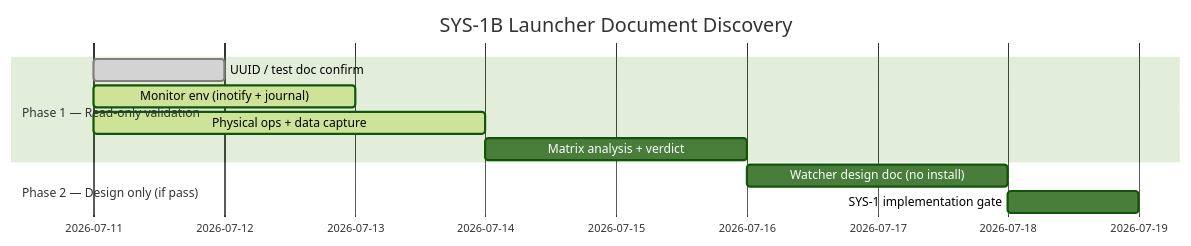
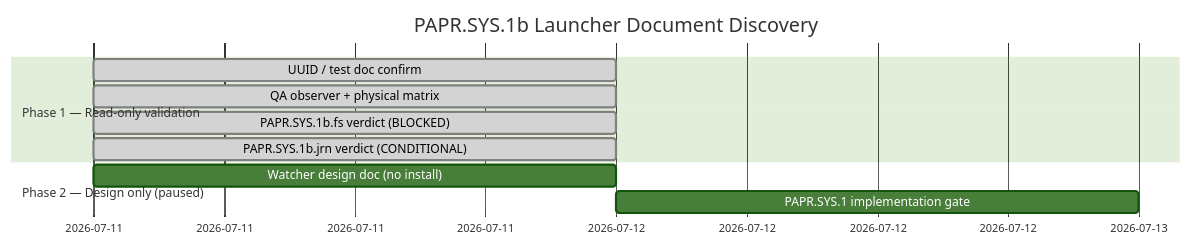
One commit to Ken-pan/life-os changed the second of 2 diagrams in docs/qa/paperos-device-lifecycle-discovery.md. Above: the diagram before and after it, drawn with Mermaid (forest theme). The commit also changed other lines of this file and 110 other files, not shown here.

````diff
--- a/docs/qa/paperos-device-lifecycle-discovery.md
+++ b/docs/qa/paperos-device-lifecycle-discovery.md
@@ -420,13 +437,13 @@
 ```mermaid
 gantt
-    title SYS-1B Launcher Document Discovery
+    title PAPR.SYS.1b Launcher Document Discovery
     dateFormat YYYY-MM-DD
     section Phase 1 — Read-only validation
     UUID / test doc confirm           :done, p1a, 2026-07-11, 1d
-    Monitor env (inotify + journal)   :active, p1b, 2026-07-11, 2d
-    Physical ops + data capture       :active, p1c, 2026-07-11, 3d
-    Matrix analysis + verdict         :p1d, after p1c, 2d
-    section Phase 2 — Design only (if pass)
-    Watcher design doc (no install)   :p2a, after p1d, 2d
-    SYS-1 implementation gate         :p2b, after p2a, 1d
+    QA observer + physical matrix     :done, p1b, 2026-07-11, 1d
+    PAPR.SYS.1b.fs verdict (BLOCKED)       :done, p1c, 2026-07-11, 1d
+    PAPR.SYS.1b.jrn verdict (CONDITIONAL)  :done, p1d, 2026-07-11, 1d
+    section Phase 2 — Design only (paused)
+    Watcher design doc (no install)   :p2a, 2026-07-11, 1d
+    PAPR.SYS.1 implementation gate         :p2b, after p2a, 1d
 ```
````
